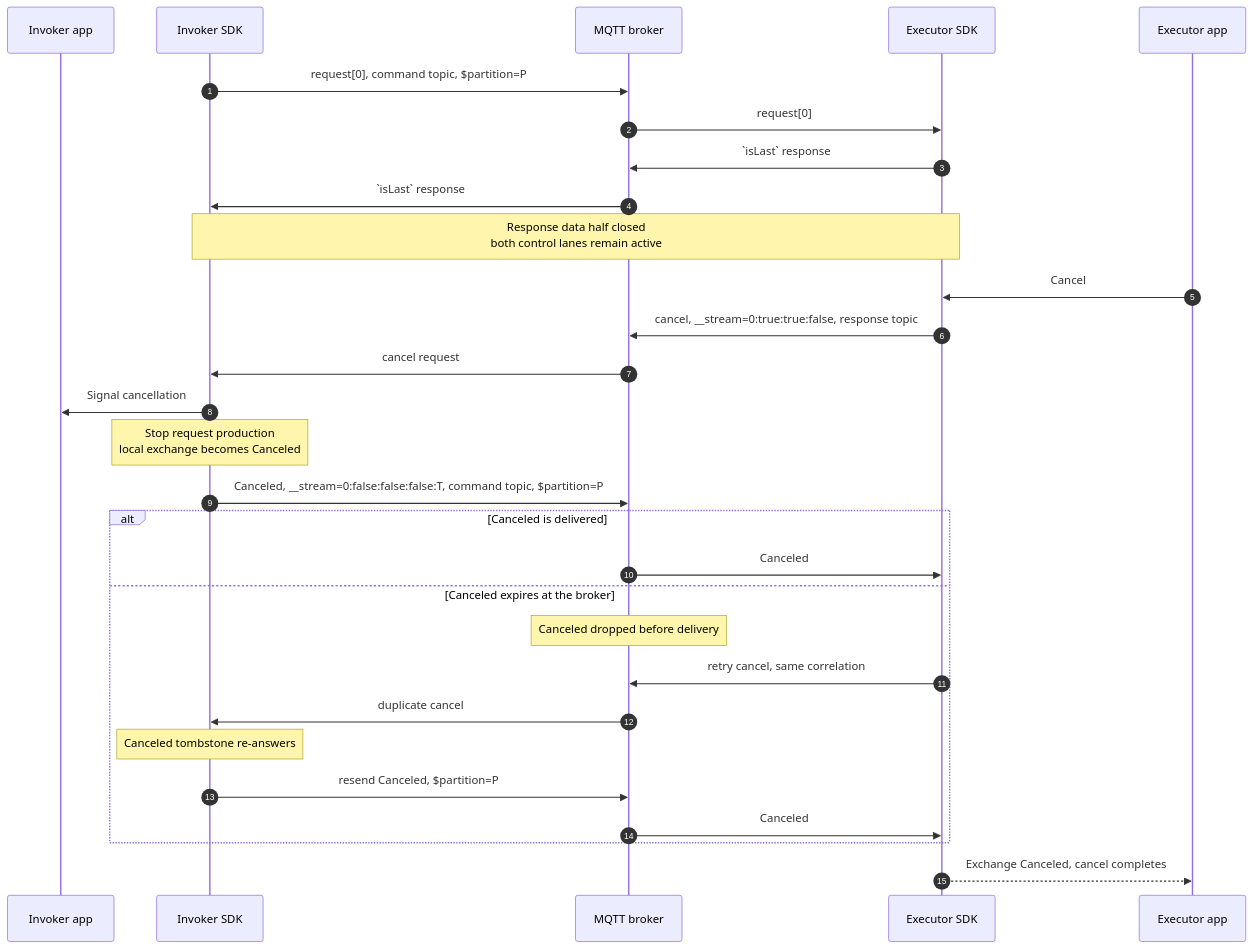
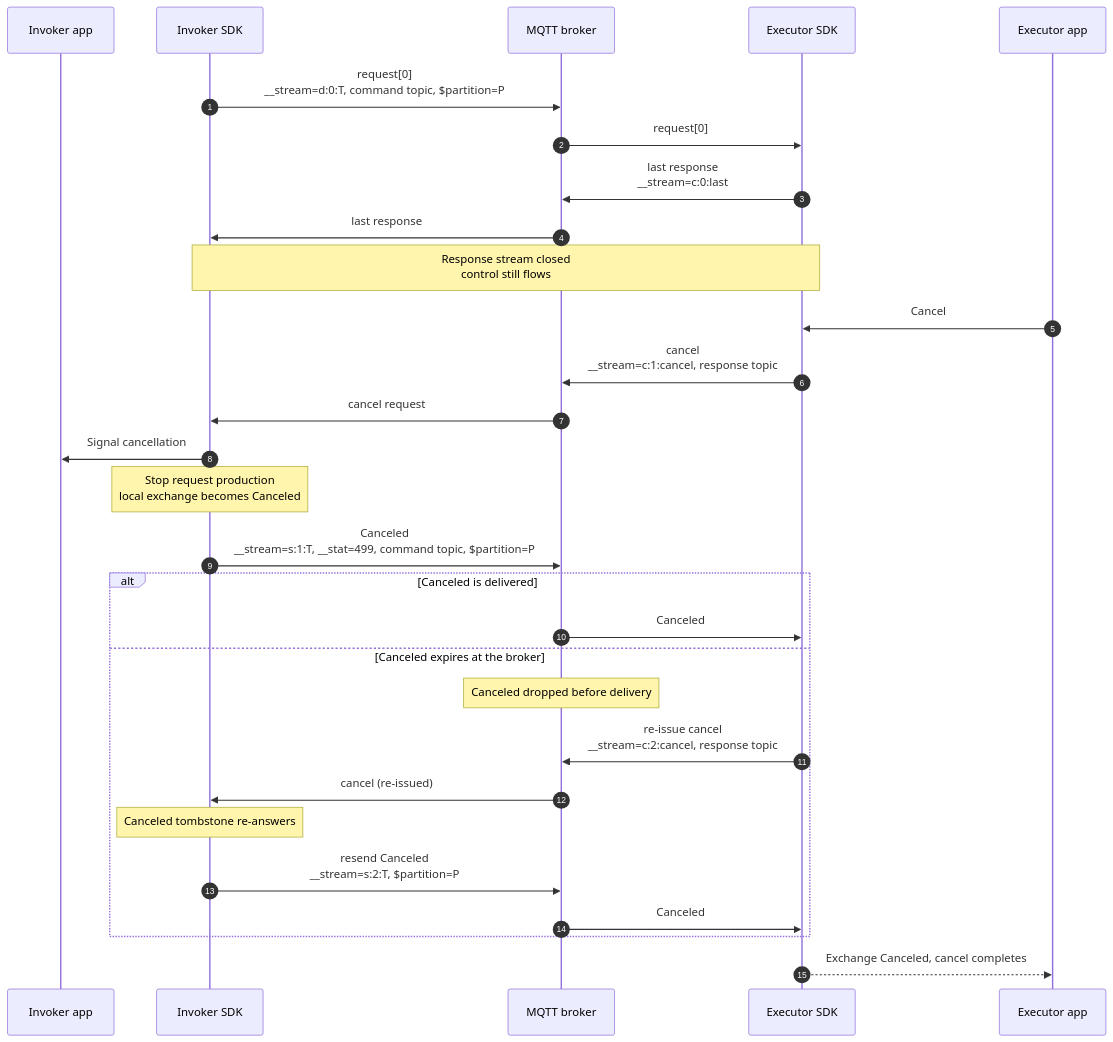
One commit to Azure/iot-operations-sdks changed the sixth of 10 diagrams in doc/dev/adr/0025-rpc-streaming-lifecycle-diagrams.md. Above: the diagram before and after it, drawn with Mermaid. The commit also changed other lines of this file, not shown here.

Commit message:
refine terminology and clarify stream handling in RPC streaming documentation

````diff
--- a/doc/dev/adr/0025-rpc-streaming-lifecycle-diagrams.md
+++ b/doc/dev/adr/0025-rpc-streaming-lifecycle-diagrams.md
@@ -252,34 +233,34 @@
 ```mermaid
 sequenceDiagram
     autonumber
     participant IA as Invoker app
     participant IS as Invoker SDK
     participant B as MQTT broker
     participant ES as Executor SDK
     participant EA as Executor app
 
-    IS->>B: request[0], command topic, $partition=P
+    IS->>B: request[0]<br/>__stream=d:0:T, command topic, $partition=P
     B->>ES: request[0]
-    ES->>B: `isLast` response
-    B->>IS: `isLast` response
-    Note over IS,ES: Response data half closed<br/>both control lanes remain active
+    ES->>B: last response<br/>__stream=c:0:last
+    B->>IS: last response
+    Note over IS,ES: Response stream closed<br/>control still flows
     EA->>ES: Cancel
-    ES->>B: cancel, __stream=0:true:true:false, response topic
+    ES->>B: cancel<br/>__stream=c:1:cancel, response topic
     B->>IS: cancel request
     IS->>IA: Signal cancellation
     Note over IS: Stop request production<br/>local exchange becomes Canceled
-    IS->>B: Canceled, __stream=0:false:false:false:T, command topic, $partition=P
+    IS->>B: Canceled<br/>__stream=s:1:T, __stat=499, command topic, $partition=P
 
     alt Canceled is delivered
         B->>ES: Canceled
     else Canceled expires at the broker
         Note over B: Canceled dropped before delivery
-        ES->>B: retry cancel, same correlation
-        B->>IS: duplicate cancel
+        ES->>B: re-issue cancel<br/>__stream=c:2:cancel, response topic
+        B->>IS: cancel (re-issued)
         Note over IS: Canceled tombstone re-answers
-        IS->>B: resend Canceled, $partition=P
+        IS->>B: resend Canceled<br/>__stream=s:2:T, $partition=P
         B->>ES: Canceled
     end
 
     ES-->>EA: Exchange Canceled, cancel completes
 ```
````
